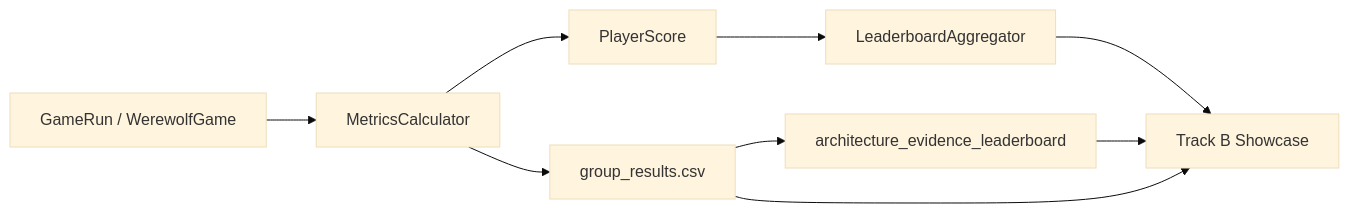
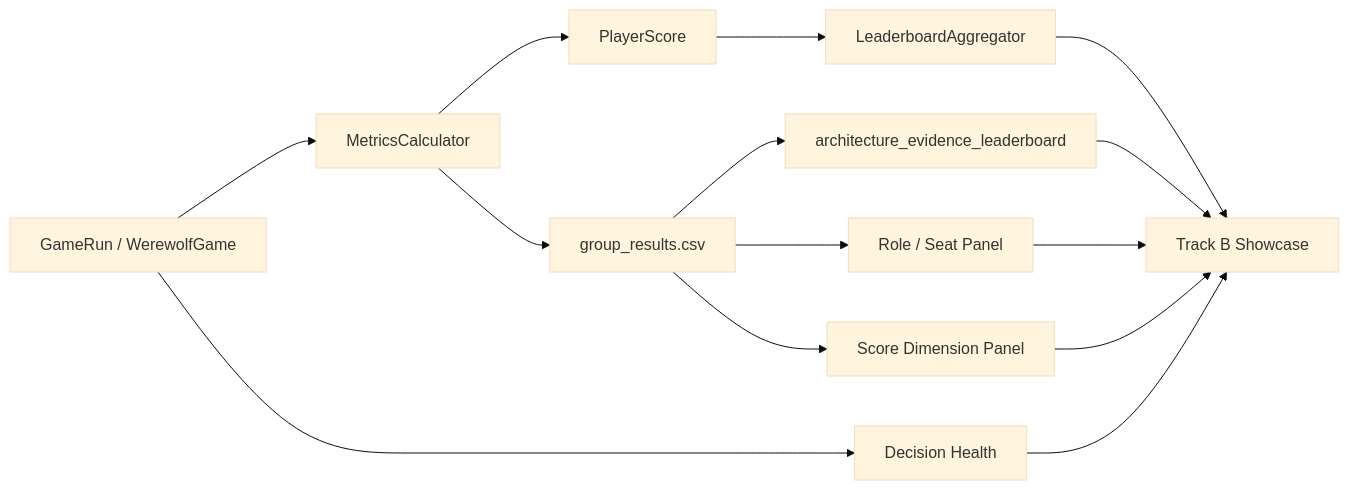
The diagram in docs/PROJECT_TRACK_B_LEADERBOARD_SHOWCASE.md (wxhfy/AIwerewolf), drawn with Mermaid (base theme) before and after one commit. The commit also changed other lines of this file and 6 other files, not shown here.

````diff
--- a/docs/PROJECT_TRACK_B_LEADERBOARD_SHOWCASE.md
+++ b/docs/PROJECT_TRACK_B_LEADERBOARD_SHOWCASE.md
@@ -7,13 +7,18 @@
 ```mermaid
 flowchart LR
     accTitle: Track B Evidence Flow
-    accDescr: This diagram shows how a real LLM game becomes Track B review metrics, leaderboard entries, rubric dimensions, and report evidence.
+    accDescr: This diagram shows how a real LLM game becomes multi-layer Track B review panels, including game, role, score, rubric, health, and report artifacts.
     game[GameRun / WerewolfGame] --> metrics[MetricsCalculator]
     metrics --> player[PlayerScore]
     metrics --> group[group_results.csv]
     player --> leaderboard[LeaderboardAggregator]
     group --> rubric[architecture_evidence_leaderboard]
+    game --> health[Decision Health]
+    group --> role[Role / Seat Panel]
+    group --> score[Score Dimension Panel]
     leaderboard --> report[Track B Showcase]
     rubric --> report
-    group --> report
+    health --> report
+    role --> report
+    score --> report
 ```
````
